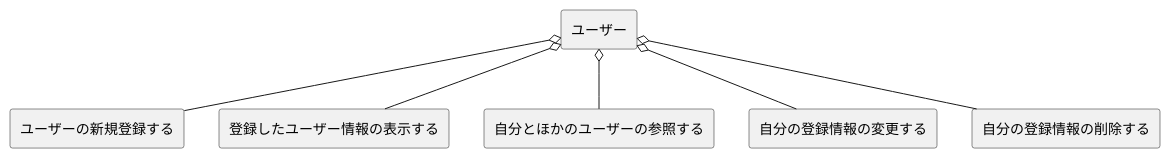
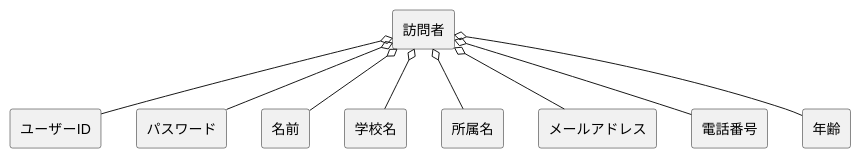
The diagram in group/07_web_visitor/domain.pu (okazaki278/ohara_uml), drawn with PlantUML before and after one commit. The commit also changed 3 other files, not shown here.

```diff
--- a/group/07_web_visitor/domain.pu
+++ b/group/07_web_visitor/domain.pu
@@ -1,12 +1,14 @@
 @startuml ドメインモデル図
 skinparam componentStyle rectangle
 
 ' web visitor sysytem
-[ユーザー] o-- [ユーザーの新規登録する]
-[ユーザー] o-- [登録したユーザー情報の表示する]
-[ユーザー] o-- [自分とほかのユーザーの参照する]
-[ユーザー] o-- [自分の登録情報の変更する]
-[ユーザー] o-- [自分の登録情報の削除する]
-
+[訪問者] o-- [ユーザーID]
+[訪問者] o-- [パスワード]
+[訪問者] o-- [名前]
+[訪問者] o-- [学校名]
+[訪問者] o-- [所属名]
+[訪問者] o-- [メールアドレス]
+[訪問者] o-- [電話番号]
+[訪問者] o-- [年齢]
 
 @enduml
```
